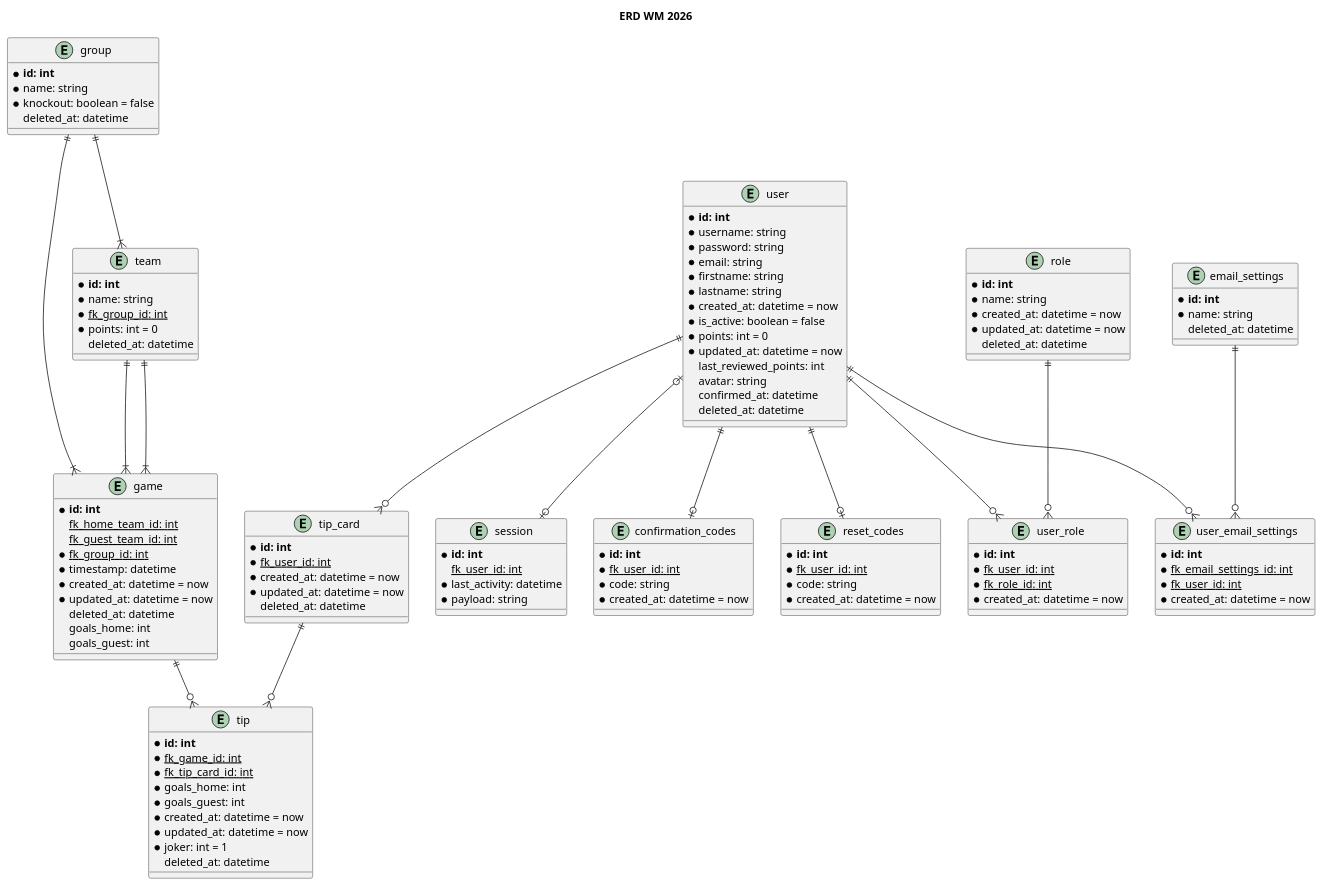
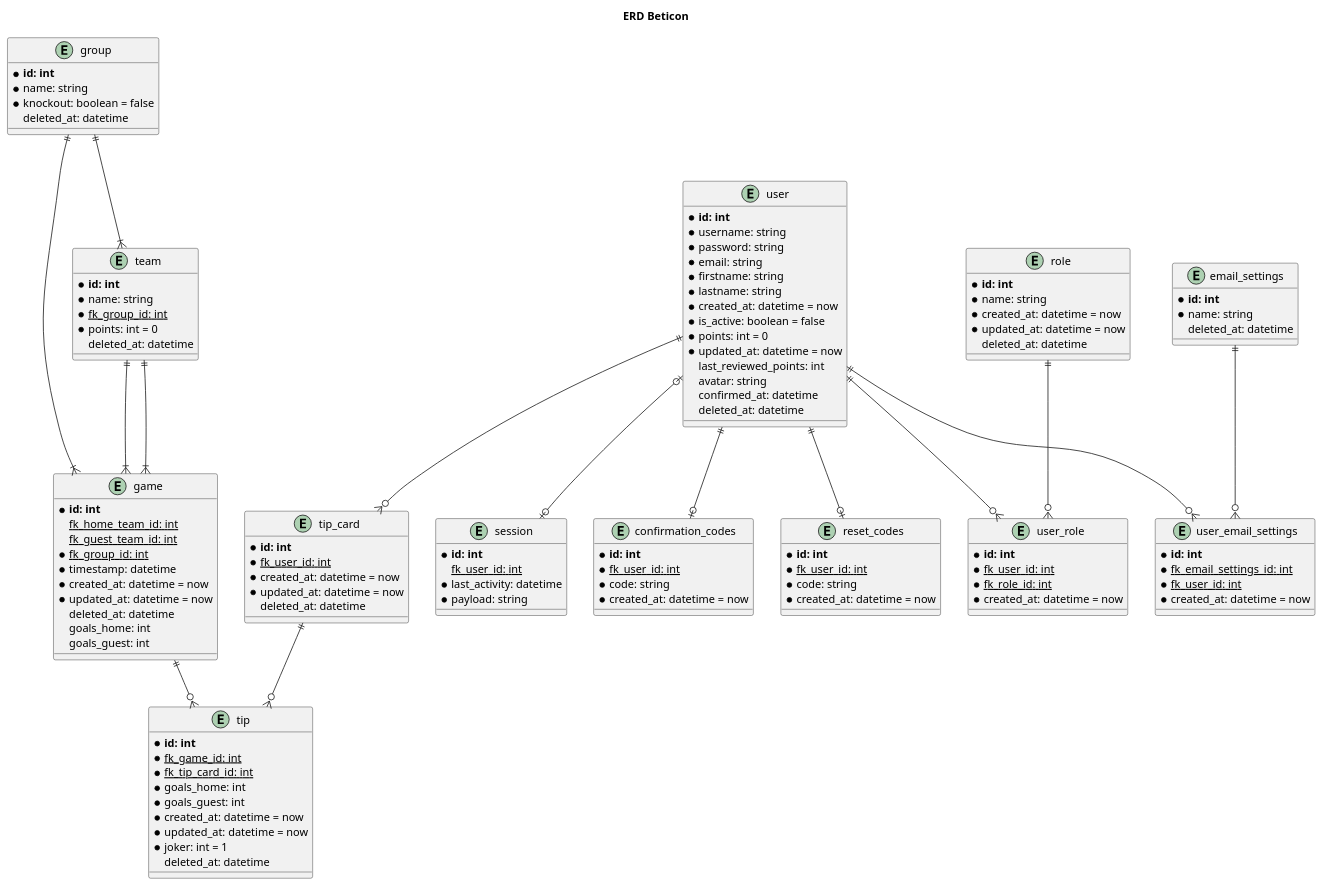
One commit to NoOneHardy/wm-2026 changed the diagram in mysql/erd.puml. Above: the diagram before and after it, drawn with PlantUML.

Commit message:
📝 rename erd title to beticon (#435)

```diff
--- a/mysql/erd.puml
+++ b/mysql/erd.puml
@@ -1,134 +1,134 @@
 @startuml erd
 
-title ERD WM 2026
+title ERD Beticon
 
 entity user {
     * **id: int**
     * username: string
     * password: string
     * email: string
     * firstname: string
     * lastname: string
     * created_at: datetime = now
     * is_active: boolean = false
     * points: int = 0
     * updated_at: datetime = now
     last_reviewed_points: int
     avatar: string
     confirmed_at: datetime
     deleted_at: datetime
 }
 
 entity confirmation_codes {
     * **id: int**
     * {static} fk_user_id: int
     * code: string
     * created_at: datetime = now
 }
 
 entity reset_codes {
     * **id: int**
     * {static} fk_user_id: int
     * code: string
     * created_at: datetime = now
 }
 
 entity session {
     * **id: int**
     {static} fk_user_id: int
     * last_activity: datetime
     * payload: string
 }
 
 entity role {
     * **id: int**
     * name: string
     * created_at: datetime = now
     * updated_at: datetime = now
     deleted_at: datetime
 }
 
 entity user_role {
     * **id: int**
     * {static} fk_user_id: int
     * {static} fk_role_id: int
     * created_at: datetime = now
 }
 
 entity game {
     * **id: int**
     {static} fk_home_team_id: int
     {static} fk_guest_team_id: int
     * {static} fk_group_id: int
     * timestamp: datetime
     * created_at: datetime = now
     * updated_at: datetime = now
     deleted_at: datetime
     goals_home: int
     goals_guest: int
 }
 
 entity team {
     * **id: int**
     * name: string
     * {static} fk_group_id: int
     * points: int = 0
     deleted_at: datetime
 }
 
 entity group {
     * **id: int**
     * name: string
     * knockout: boolean = false
     deleted_at: datetime
 }
 
 entity tip {
     * **id: int**
     * {static} fk_game_id: int
     * {static} fk_tip_card_id: int
     * goals_home: int
     * goals_guest: int
     * created_at: datetime = now
     * updated_at: datetime = now
     * joker: int = 1
     deleted_at: datetime
 }
 
 entity tip_card {
     * **id: int**
     * {static} fk_user_id: int
     * created_at: datetime = now
     * updated_at: datetime = now
     deleted_at: datetime
 }
 
 entity email_settings {
     * **id: int**
     * name: string
     deleted_at: datetime
 }
 
 entity user_email_settings {
     * **id: int**
     * {static} fk_email_settings_id: int
     * {static} fk_user_id: int
     * created_at: datetime = now
 }
 
 user ||--o| confirmation_codes
 user ||--o| reset_codes
 user |o--o| session
 user ||--o{ user_role
 role ||--o{ user_role
 team ||--|{ game
 team ||--|{ game
 group ||--|{ game
 group ||--|{ team
 game ||--o{ tip
 tip_card ||--o{ tip
 user ||--o{ tip_card
 email_settings ||--o{ user_email_settings
 user ||--o{ user_email_settings
 
 @enduml
```
